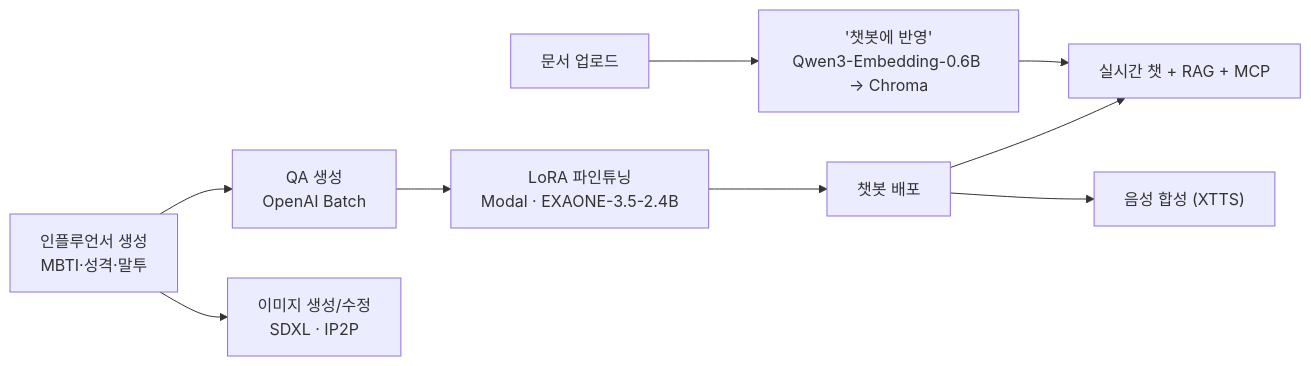
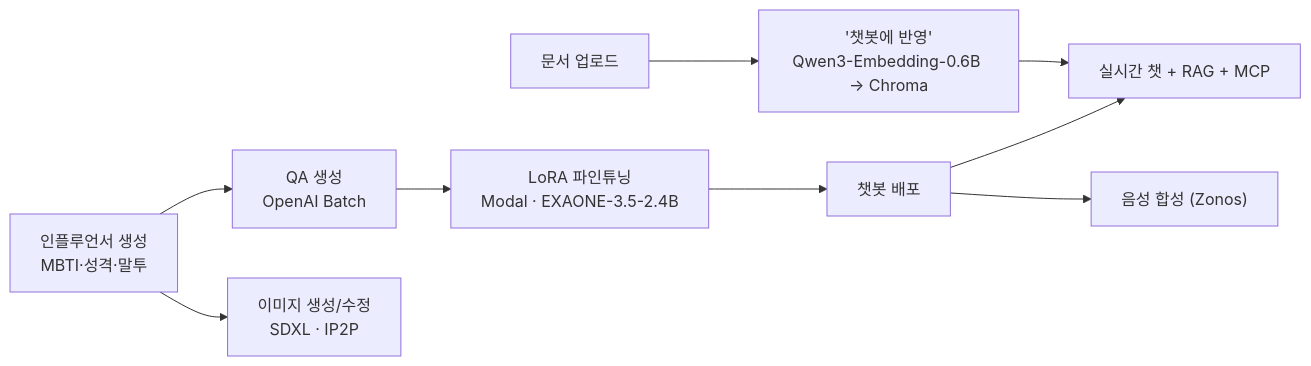
Before and after one commit to GTU9/AIMEX: the second of 3 diagrams in README.md, drawn with Mermaid. The commit also changed other lines of this file, not shown here.

````diff
--- a/README.md
+++ b/README.md
@@ -228,10 +228,10 @@
 ```mermaid
 flowchart LR
     A["인플루언서 생성<br/>MBTI·성격·말투"] --> B["QA 생성<br/>OpenAI Batch"]
     B --> C["LoRA 파인튜닝<br/>Modal · EXAONE-3.5-2.4B"]
     C --> D["챗봇 배포"]
     D --> E1["실시간 챗 + RAG + MCP"]
-    D --> E2["음성 합성 (XTTS)"]
+    D --> E2["음성 합성 (Zonos)"]
     A --> F["이미지 생성/수정<br/>SDXL · IP2P"]
     G["문서 업로드"] --> H["'챗봇에 반영'<br/>Qwen3-Embedding-0.6B → Chroma"] --> E1
 ```
````
